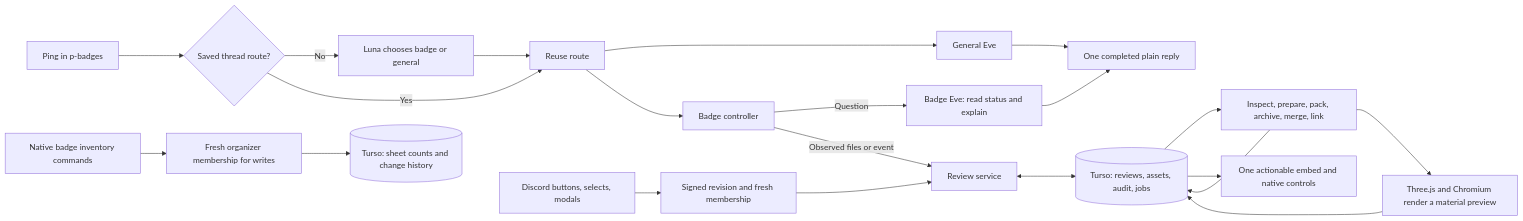
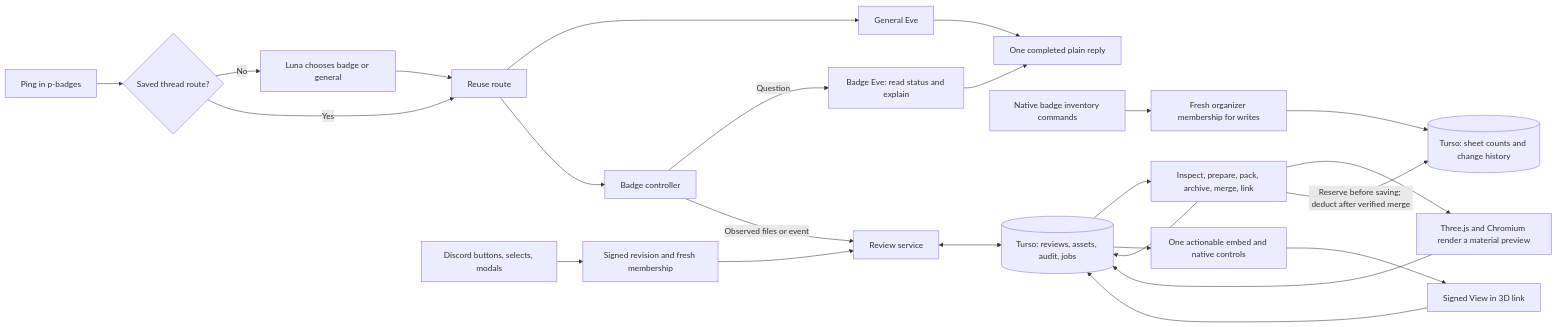
The first of 2 diagrams in docs/badge-review.md (purduehackers/wack-hacker), drawn with Mermaid before and after one commit. The commit also changed other lines of this file and 29 other files, not shown here.

````diff
--- a/docs/badge-review.md
+++ b/docs/badge-review.md
@@ -42,23 +42,26 @@
 ```mermaid
 flowchart LR
   Mention[Ping in p-badges] --> Route{Saved thread route?}
   Route -->|No| Luna[Luna chooses badge or general]
   Route -->|Yes| Saved[Reuse route]
   Luna --> Saved
   Saved --> General[General Eve]
   Saved --> Intake[Badge controller]
   Intake -->|Question| Eve[Badge Eve: read status and explain]
   Intake -->|Observed files or event| Service[Review service]
   Native[Discord buttons, selects, modals] --> Auth[Signed revision and fresh membership]
   Auth --> Service
   Service <--> DB[(Turso: reviews, assets, audit, jobs)]
   DB --> Worker[Inspect, prepare, pack, archive, merge, link]
   Worker --> DB
   Worker --> Render[Three.js and Chromium render a material preview]
   Render --> DB
+  Delivery --> Viewer[Signed View in 3D link]
+  Viewer --> DB
   Inventory[Native badge inventory commands] --> StockAuth[Fresh organizer membership for writes]
   StockAuth --> Stock[(Turso: sheet counts and change history)]
+  Worker -->|Reserve before saving; deduct after verified merge| Stock
   DB --> Delivery[One actionable embed and native controls]
   Eve --> Reply[One completed plain reply]
   General --> Reply
 ```
````
